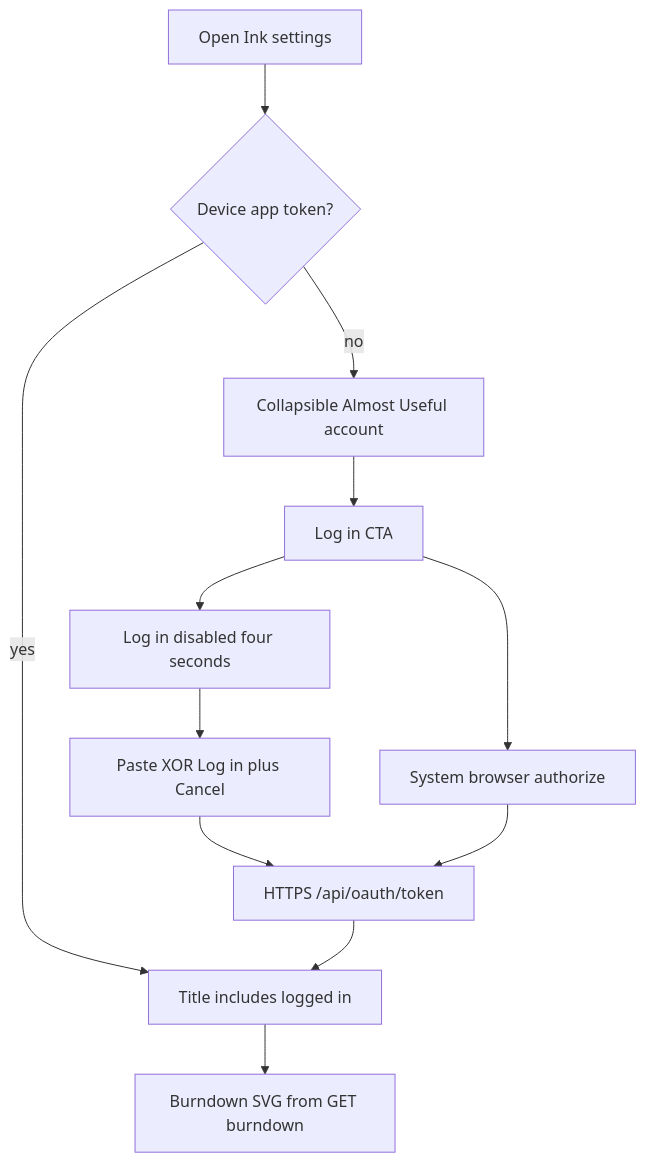
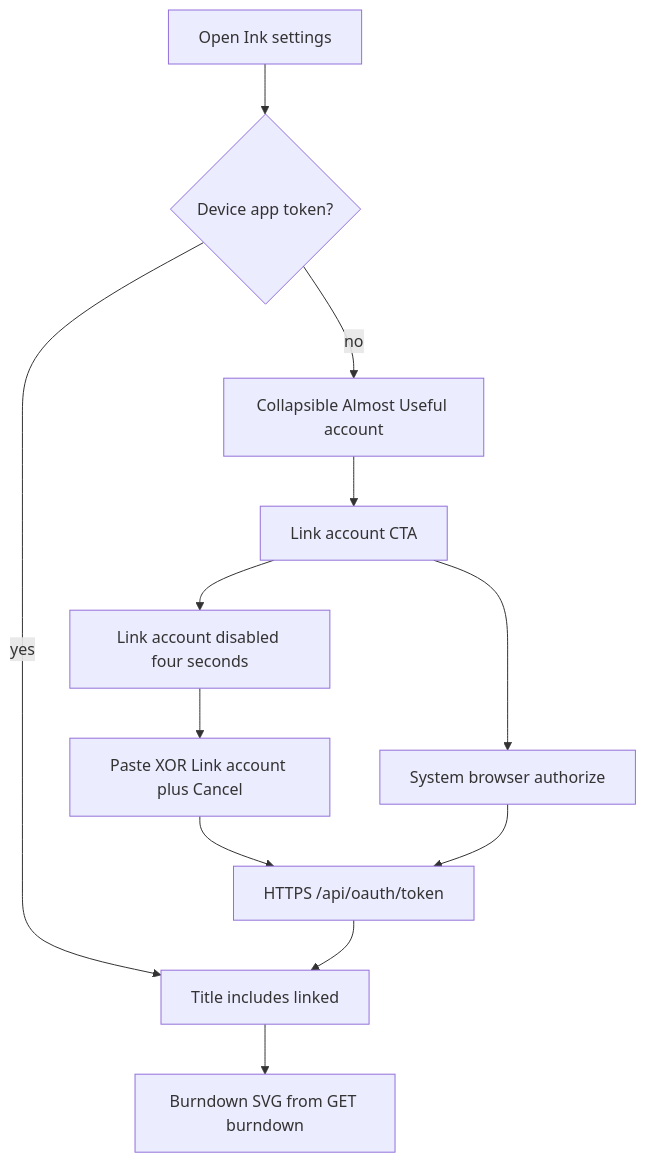
The second of 2 diagrams in docs/almostuseful-account.md (daledesilva/obsidian_ink), drawn with Mermaid before and after one commit. The commit also changed other lines of this file and 6 other files, not shown here.

First line of the commit message:
updated: Aligned Ink credit-pool charts and account settings with portal parity and simplified linking copy.

````diff
--- a/docs/almostuseful-account.md
+++ b/docs/almostuseful-account.md
@@ -38,15 +38,15 @@
 ```mermaid
 flowchart TD
   OpenSettings[Open Ink settings]
   OpenSettings --> SignedIn{Device app token?}
   SignedIn -->|no| LoggedOut[Collapsible Almost Useful account]
-  LoggedOut --> Idle[Log in CTA]
-  Idle --> Opening[Log in disabled four seconds]
-  Opening --> Pending[Paste XOR Log in plus Cancel]
+  LoggedOut --> Idle[Link account CTA]
+  Idle --> Opening[Link account disabled four seconds]
+  Opening --> Pending[Paste XOR Link account plus Cancel]
   Idle --> BrowserLogin[System browser authorize]
   Pending --> Exchange[HTTPS /api/oauth/token]
   BrowserLogin --> Exchange
-  SignedIn -->|yes| Header[Title includes logged in]
+  SignedIn -->|yes| Header[Title includes linked]
   Header --> Charts[Burndown SVG from GET burndown]
   Exchange --> Header
 ```
````
